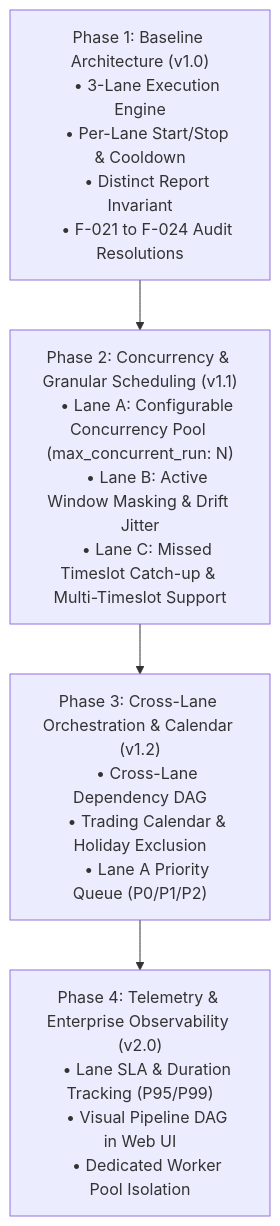
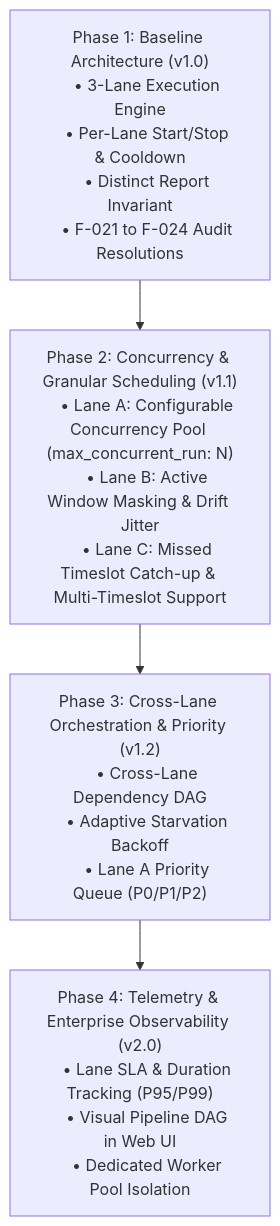
One commit to tailor827/celestial_rose changed the diagram in paradiso/ROADMAP.md. Above: the diagram before and after it, drawn with Mermaid. The commit also changed other lines of this file and 46 other files, not shown here.

````diff
--- a/paradiso/ROADMAP.md
+++ b/paradiso/ROADMAP.md
@@ -9,27 +9,27 @@
 ```mermaid
 flowchart TD
     Phase1["Phase 1: Baseline Architecture (v1.0)
     • 3-Lane Execution Engine
     • Per-Lane Start/Stop & Cooldown
     • Distinct Report Invariant
     • F-021 to F-024 Audit Resolutions"]
     
     Phase2["Phase 2: Concurrency & Granular Scheduling (v1.1)
     • Lane A: Configurable Concurrency Pool (max_concurrent_run: N)
     • Lane B: Active Window Masking & Drift Jitter
     • Lane C: Missed Timeslot Catch-up & Multi-Timeslot Support"]
     
-    Phase3["Phase 3: Cross-Lane Orchestration & Calendar (v1.2)
+    Phase3["Phase 3: Cross-Lane Orchestration & Priority (v1.2)
     • Cross-Lane Dependency DAG
-    • Trading Calendar & Holiday Exclusion
+    • Adaptive Starvation Backoff
     • Lane A Priority Queue (P0/P1/P2)"]
     
     Phase4["Phase 4: Telemetry & Enterprise Observability (v2.0)
     • Lane SLA & Duration Tracking (P95/P99)
     • Visual Pipeline DAG in Web UI
     • Dedicated Worker Pool Isolation"]
 
     Phase1 --> Phase2
     Phase2 --> Phase3
     Phase3 --> Phase4
 ```
````
